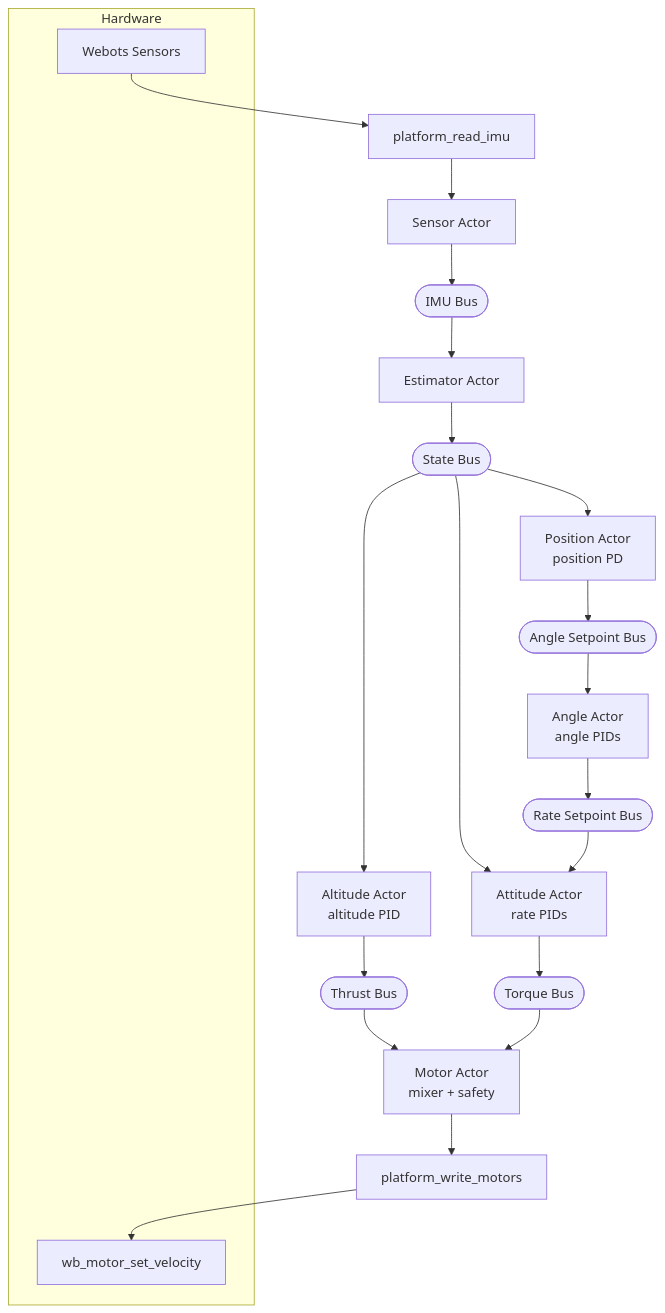
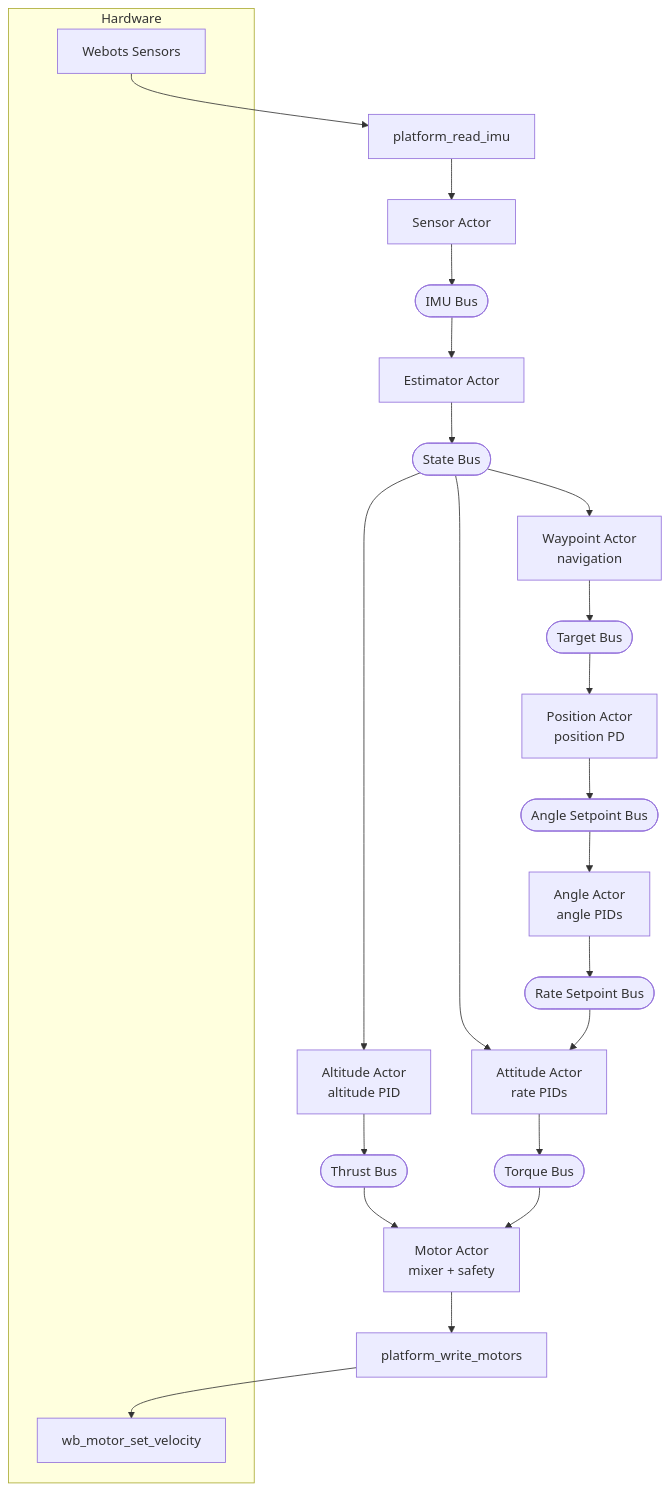
One commit to joagre/rt changed the second of 3 diagrams in examples/pilot/SPEC.md. Above: the diagram before and after it, drawn with Mermaid. The commit also changed other lines of this file and 1 other file, not shown here.

First line of the commit message:
Update pilot documentation with waypoint navigation

````diff
--- a/examples/pilot/SPEC.md
+++ b/examples/pilot/SPEC.md
@@ -137,31 +141,33 @@
 ```mermaid
 graph TB
     subgraph HW["Hardware"]
         Sensors[Webots Sensors]
         Motors[wb_motor_set_velocity]
     end
 
     ReadIMU[platform_read_imu]
     WriteMotors[platform_write_motors]
 
     Sensors --> ReadIMU --> Sensor[Sensor Actor]
     Sensor --> IMUBus([IMU Bus])
     IMUBus --> Estimator[Estimator Actor]
     Estimator --> StateBus([State Bus])
 
     StateBus --> Altitude[Altitude Actor<br/>altitude PID]
-    StateBus --> Position[Position Actor<br/>position PD]
+    StateBus --> Waypoint[Waypoint Actor<br/>navigation]
     StateBus --> Attitude[Attitude Actor<br/>rate PIDs]
 
     Altitude --> ThrustBus([Thrust Bus])
+    Waypoint --> TargetBus([Target Bus])
+    TargetBus --> Position[Position Actor<br/>position PD]
     Position --> AngleSP([Angle Setpoint Bus])
     AngleSP --> Angle[Angle Actor<br/>angle PIDs]
     Angle --> RateSP([Rate Setpoint Bus])
     RateSP --> Attitude
 
     ThrustBus --> Motor[Motor Actor<br/>mixer + safety]
     Attitude --> TorqueBus([Torque Bus])
     TorqueBus --> Motor
 
     Motor --> WriteMotors --> Motors
 ```
````
